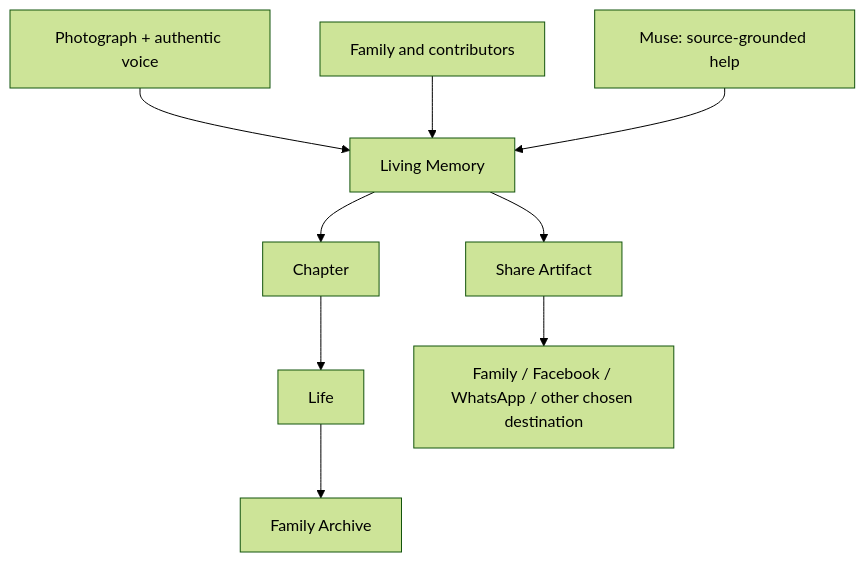
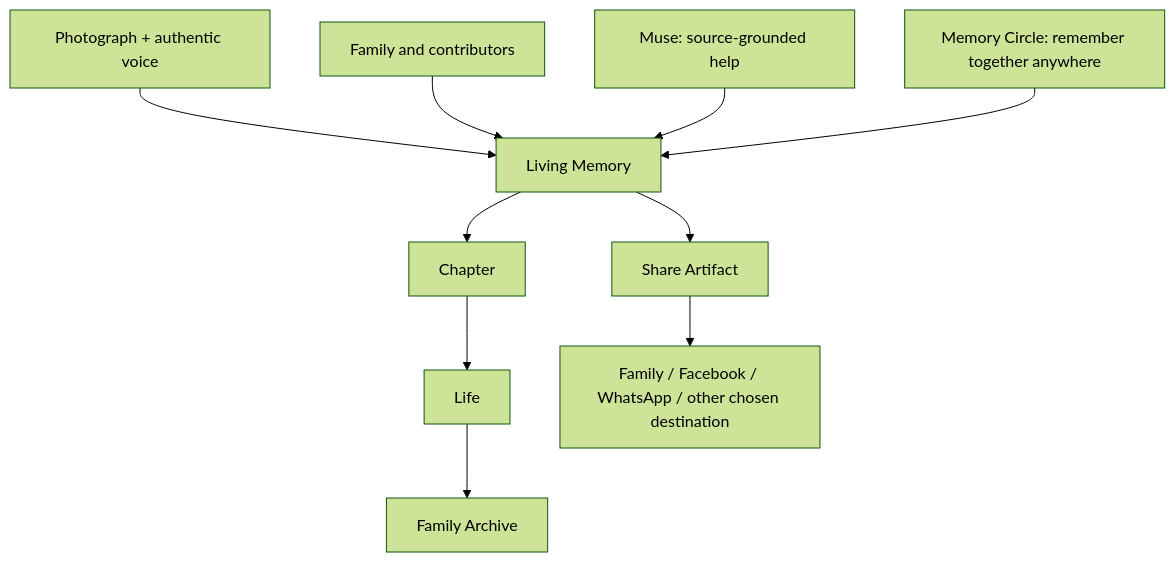
Before and after one commit to sanlorenzoprx/memoriesmystory: the diagram in docs/PRODUCT/CORE_EXPERIENCES.md, drawn with Mermaid (forest theme). The commit also changed other lines of this file and 3 other files, not shown here.

Commit message:
Activate landing contract and expand Memory Circle

````diff
--- a/docs/PRODUCT/CORE_EXPERIENCES.md
+++ b/docs/PRODUCT/CORE_EXPERIENCES.md
@@ -29,11 +50,12 @@
 ```mermaid
 flowchart TD
     A["Photograph + authentic voice"] --> B["Living Memory"]
     B --> C["Chapter"]
     C --> D["Life"]
     D --> E["Family Archive"]
     F["Family and contributors"] --> B
     G["Muse: source-grounded help"] --> B
-    B --> H["Share Artifact"]
-    H --> I["Family / Facebook / WhatsApp / other chosen destination"]
+    H["Memory Circle: remember together anywhere"] --> B
+    B --> I["Share Artifact"]
+    I --> J["Family / Facebook / WhatsApp / other chosen destination"]
 ```
````
